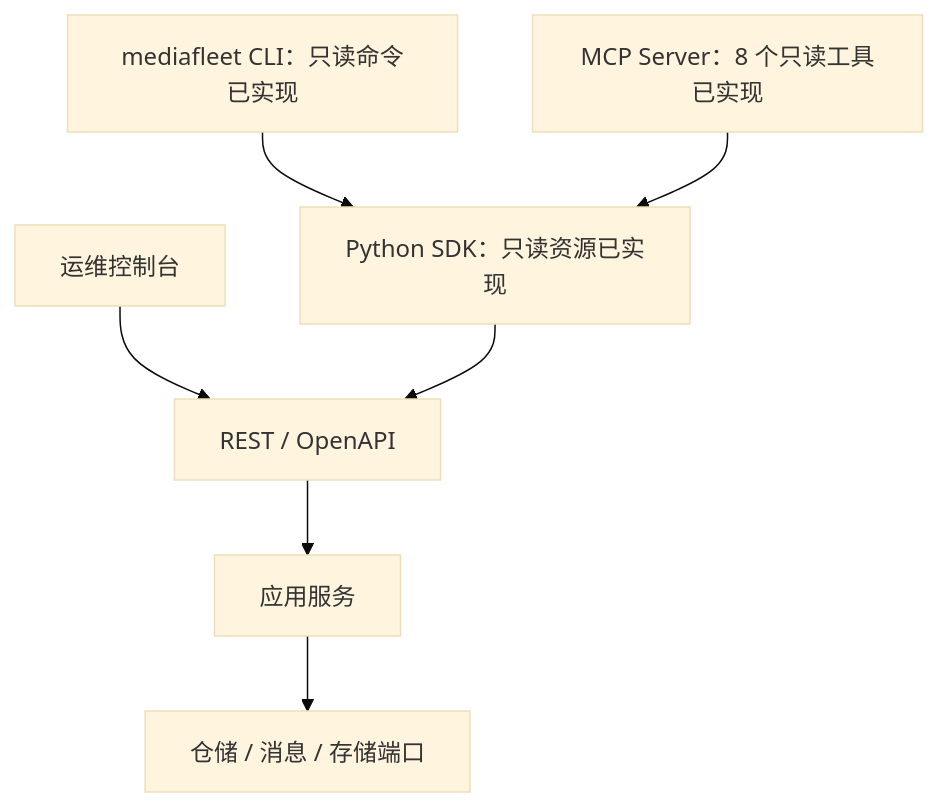
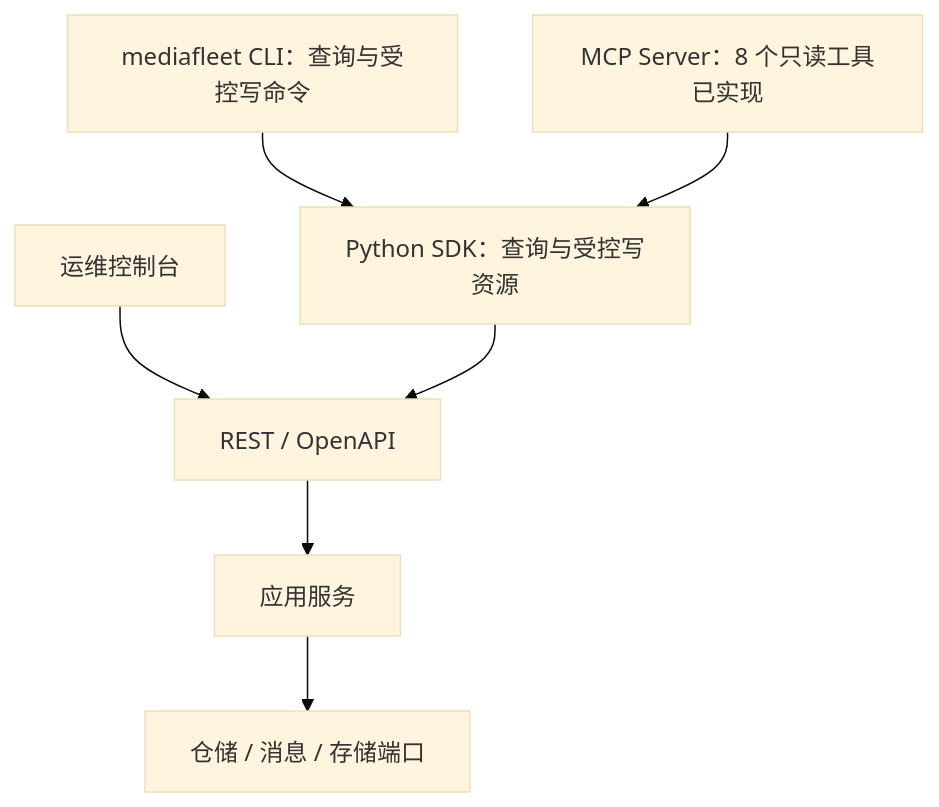
The diagram in docs/architecture/interfaces.md (huxiaodong1989/MediaFleet), drawn with Mermaid (base theme) before and after one commit. The commit also changed other lines of this file and 35 other files, not shown here.

Commit message:
feat: 添加 SDK 与 CLI 受控写操作

````diff
--- a/docs/architecture/interfaces.md
+++ b/docs/architecture/interfaces.md
@@ -7,17 +7,17 @@
 ```mermaid
 flowchart TB
     REST[REST / OpenAPI]
     Console[运维控制台]
-    SDK[Python SDK：只读资源已实现]
-    CLI[mediafleet CLI：只读命令已实现]
+    SDK[Python SDK：查询与受控写资源]
+    CLI[mediafleet CLI：查询与受控写命令]
     MCP[MCP Server：8 个只读工具已实现]
     App[应用服务]
     Ports[仓储 / 消息 / 存储端口]
 
     REST --> App
     Console --> REST
     SDK --> REST
     CLI --> SDK
     MCP --> SDK
     App --> Ports
 ```
````
